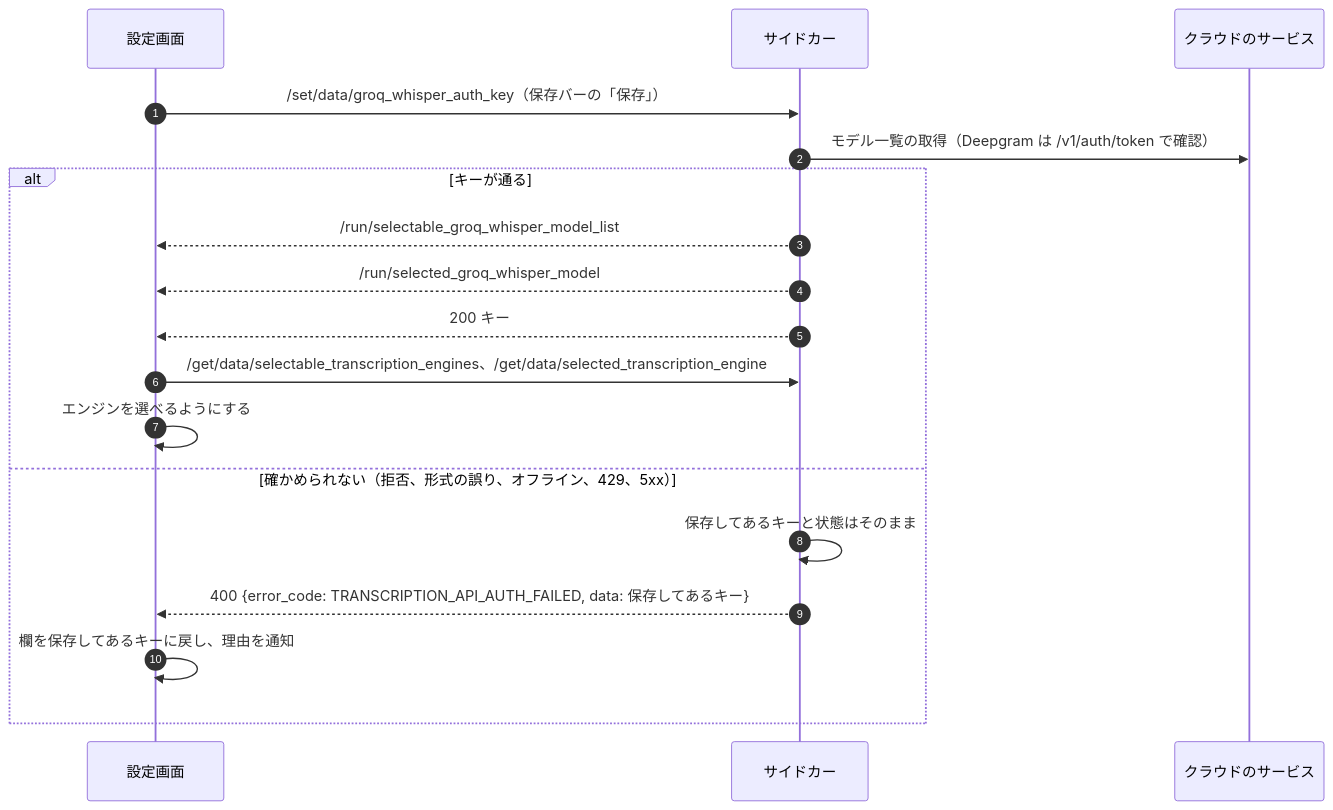
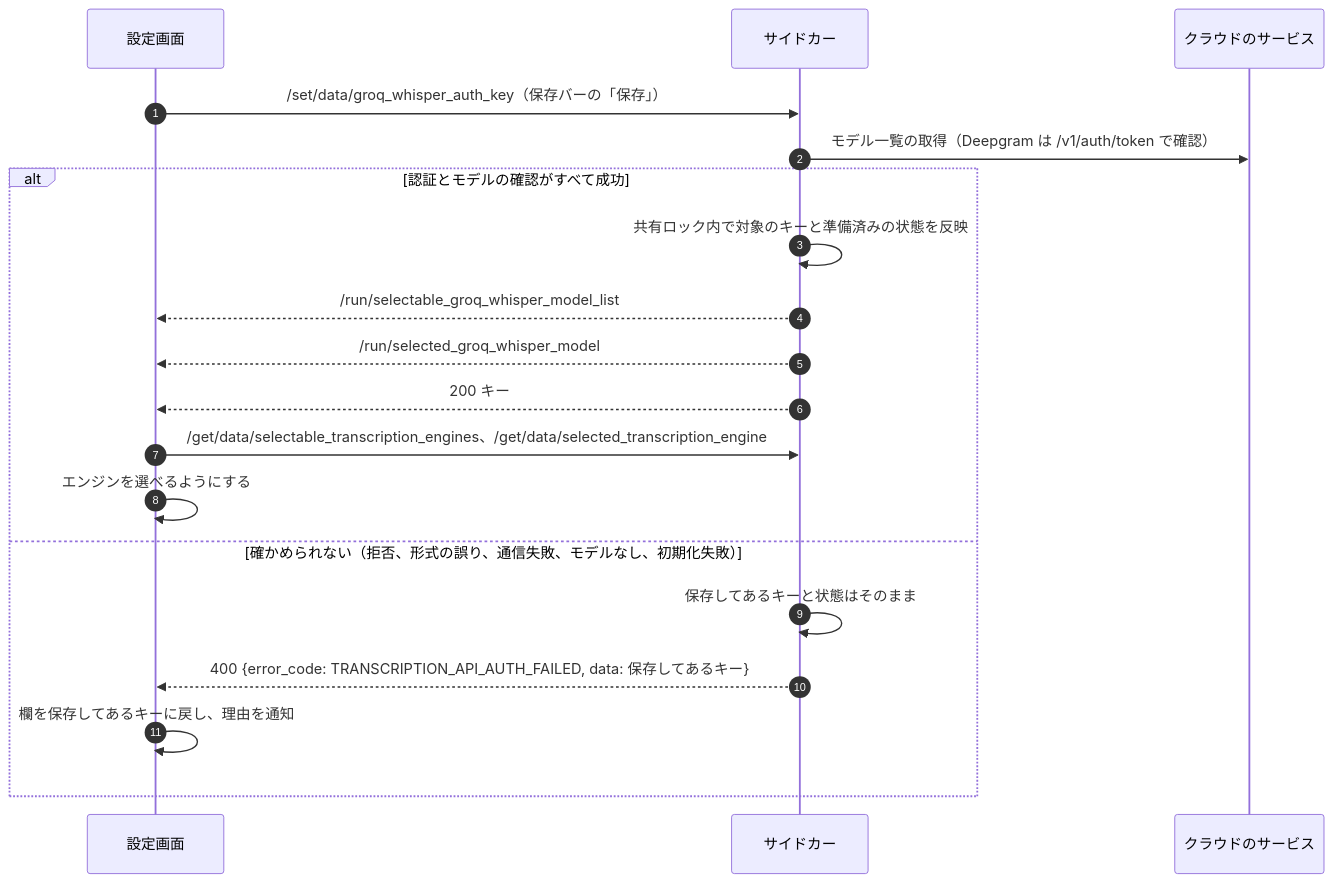
Before and after one commit to kein5/VRCT-VOX: the seventh of 7 diagrams in docs/spec/sequences.md, drawn with Mermaid. The commit also changed other lines of this file and 10 other files, not shown here.

````diff
--- a/docs/spec/sequences.md
+++ b/docs/spec/sequences.md
@@ -191,20 +191,21 @@
 ```mermaid
 sequenceDiagram
   autonumber
   participant P as 設定画面
   participant S as サイドカー
   participant C as クラウドのサービス
   P->>S: /set/data/groq_whisper_auth_key（保存バーの「保存」）
   S->>C: モデル一覧の取得（Deepgram は /v1/auth/token で確認）
-  alt キーが通る
+  alt 認証とモデルの確認がすべて成功
+    S->>S: 共有ロック内で対象のキーと準備済みの状態を反映
     S-->>P: /run/selectable_groq_whisper_model_list
     S-->>P: /run/selected_groq_whisper_model
     S-->>P: 200 キー
     P->>S: /get/data/selectable_transcription_engines、/get/data/selected_transcription_engine
     P->>P: エンジンを選べるようにする
-  else 確かめられない（拒否、形式の誤り、オフライン、429、5xx）
+  else 確かめられない（拒否、形式の誤り、通信失敗、モデルなし、初期化失敗）
     S->>S: 保存してあるキーと状態はそのまま
     S-->>P: 400 {error_code: TRANSCRIPTION_API_AUTH_FAILED, data: 保存してあるキー}
     P->>P: 欄を保存してあるキーに戻し、理由を通知
   end
 ```
````
